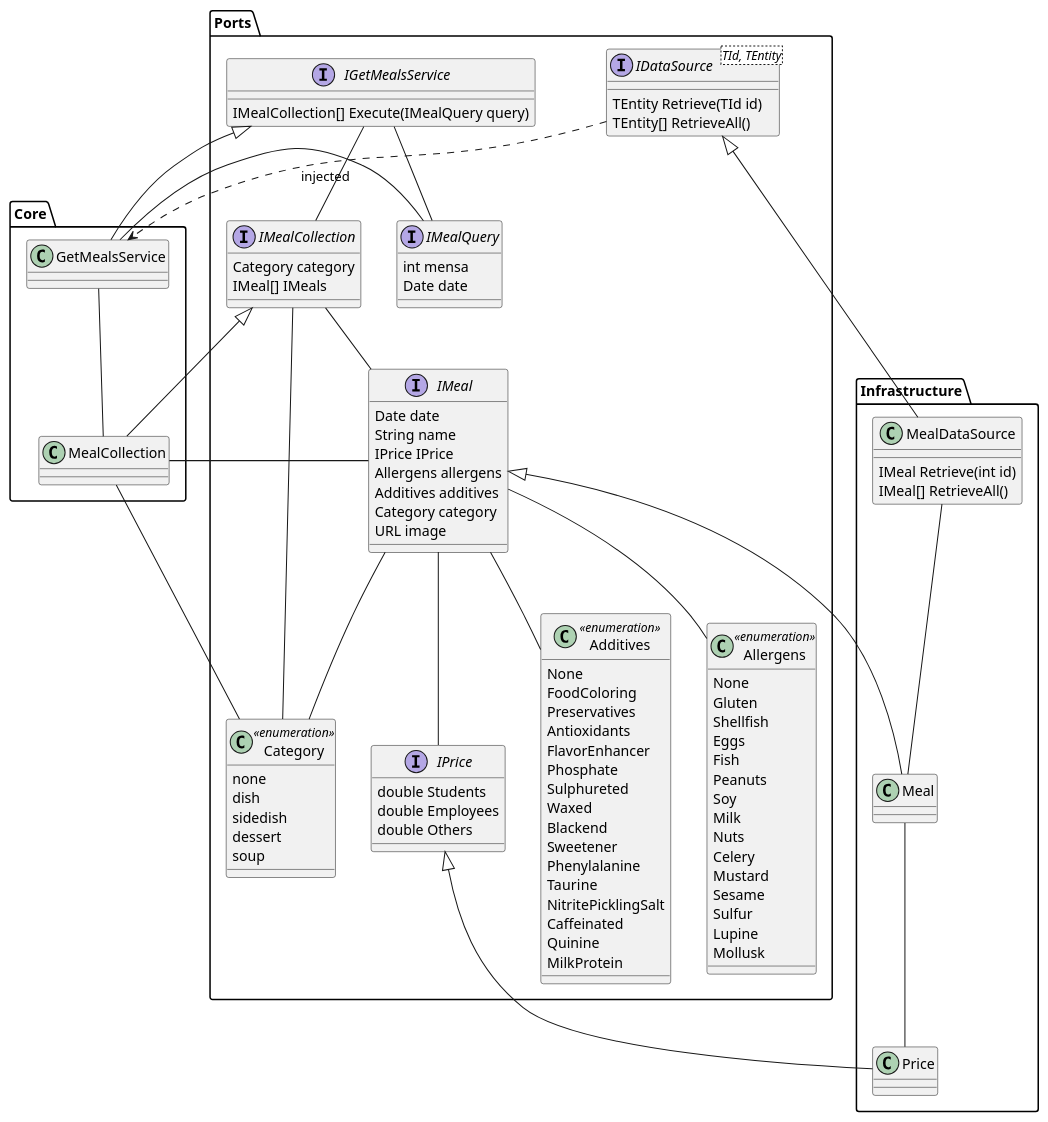
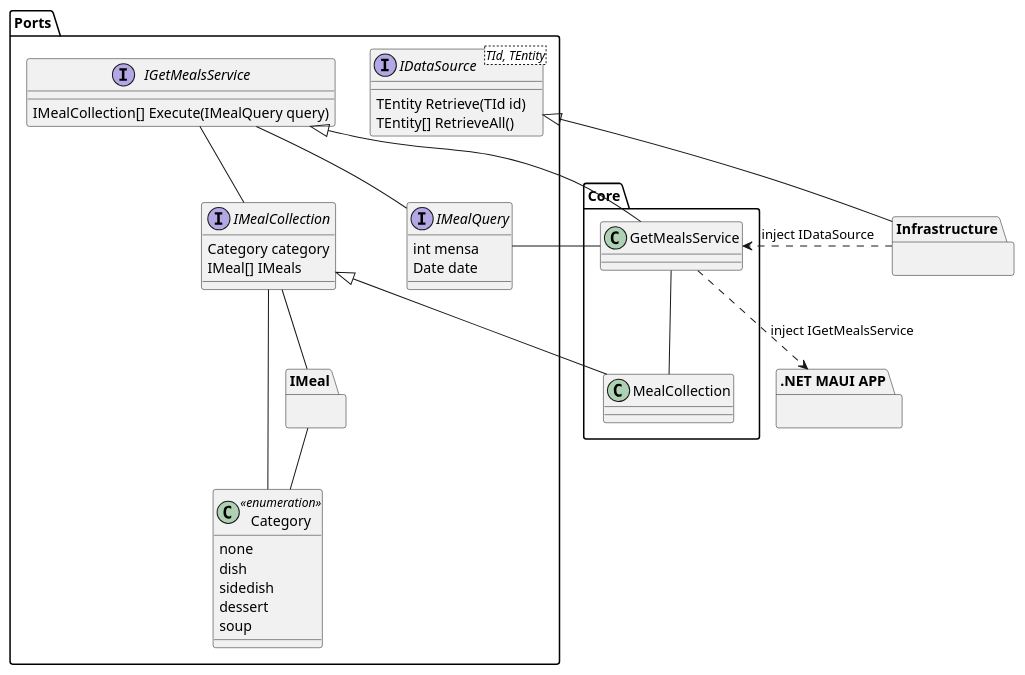
One commit to RobinNunkesser/plantuml changed the diagram in BausteineMensaB.pu. Above: the diagram before and after it, drawn with PlantUML. The commit also changed 2 other files, not shown here.

```diff
--- a/BausteineMensaB.pu
+++ b/BausteineMensaB.pu
@@ -1,132 +1,74 @@
 @startuml
 
+package ".NET MAUI APP" as App {
+
+}
+
 package Ports {
-		interface IDataSource<TId, TEntity> {
-		TEntity Retrieve(TId id)
-		TEntity[] RetrieveAll()
-	}
-
-	class Additives << enumeration >> {
-        None
-        FoodColoring
-        Preservatives
-        Antioxidants
-        FlavorEnhancer
-        Phosphate
-        Sulphureted
-        Waxed
-        Blackend
-        Sweetener
-        Phenylalanine
-        Taurine
-        NitritePicklingSalt
-        Caffeinated
-        Quinine
-        MilkProtein
-	}
-
-	class Allergens << enumeration >> {
-        None
-        Gluten
-        Shellfish
-        Eggs
-        Fish
-        Peanuts
-        Soy
-        Milk
-        Nuts
-        Celery
-        Mustard
-        Sesame
-        Sulfur
-        Lupine
-        Mollusk
-    }
 
 	class Category << enumeration >> {
 		none
 		dish
 		sidedish
 		dessert
 		soup
 	}
 
-	interface IMeal {
-		{field} Date date
-		{field} String name
-		{field} IPrice IPrice
-		{field} Allergens allergens
-		{field} Additives additives
-		{field} Category category
-		{field} URL image		
+	package IMeal {
 	}
 
-	interface IPrice {
-		double Students
-		double Employees
-		double Others
-	}
 
         interface IMealCollection {
                 Category category
                 IMeal[] IMeals
         }
 
         interface IMealQuery {
                 int mensa
                 Date date
         }
 
         interface IGetMealsService {
                IMealCollection[] Execute(IMealQuery query)
         }
 
+        		interface IDataSource<TId, TEntity> {
+		TEntity Retrieve(TId id)
+		TEntity[] RetrieveAll()
+	}
+
+
 }
 
 package Infrastructure {
-        class MealDataSource {
-        IMeal Retrieve(int id)
-        IMeal[] RetrieveAll()        
-        }
-
-        class Meal {}
-
-        class Price {}
 
 }
 
 package Core {
         class GetMealsService {
 
         }
 
         class MealCollection {
 
         }
 }
 
 IGetMealsService -- IMealCollection
 IGetMealsService -- IMealQuery
 IMealCollection -- IMeal
 IMealCollection -- Category
 IMeal -- Category
-IMeal -- Allergens
-IMeal -- Additives
-IMeal -- IPrice
 IMealCollection <|-- MealCollection
-IDataSource <|-- MealDataSource
-IMeal <|-- Meal
-IPrice <|-- Price
-Meal -- Price
-MealDataSource -- Meal
 IGetMealsService <|-- GetMealsService
 'IGetMealsService -- MensaView 
-IDataSource ..> GetMealsService : injected
+'IDataSource ..> GetMealsService : injected
 'IDataSource -- GetMealsService
 GetMealsService -- MealCollection
 'GetMealsService -- IDataSource
 GetMealsService -- IMealQuery
-MealCollection -- Category
-MealCollection -- IMeal
+Infrastructure ..> GetMealsService : inject IDataSource
+GetMealsService ..> App : inject IGetMealsService
+IDataSource <|-- Infrastructure
 
 @enduml
```
